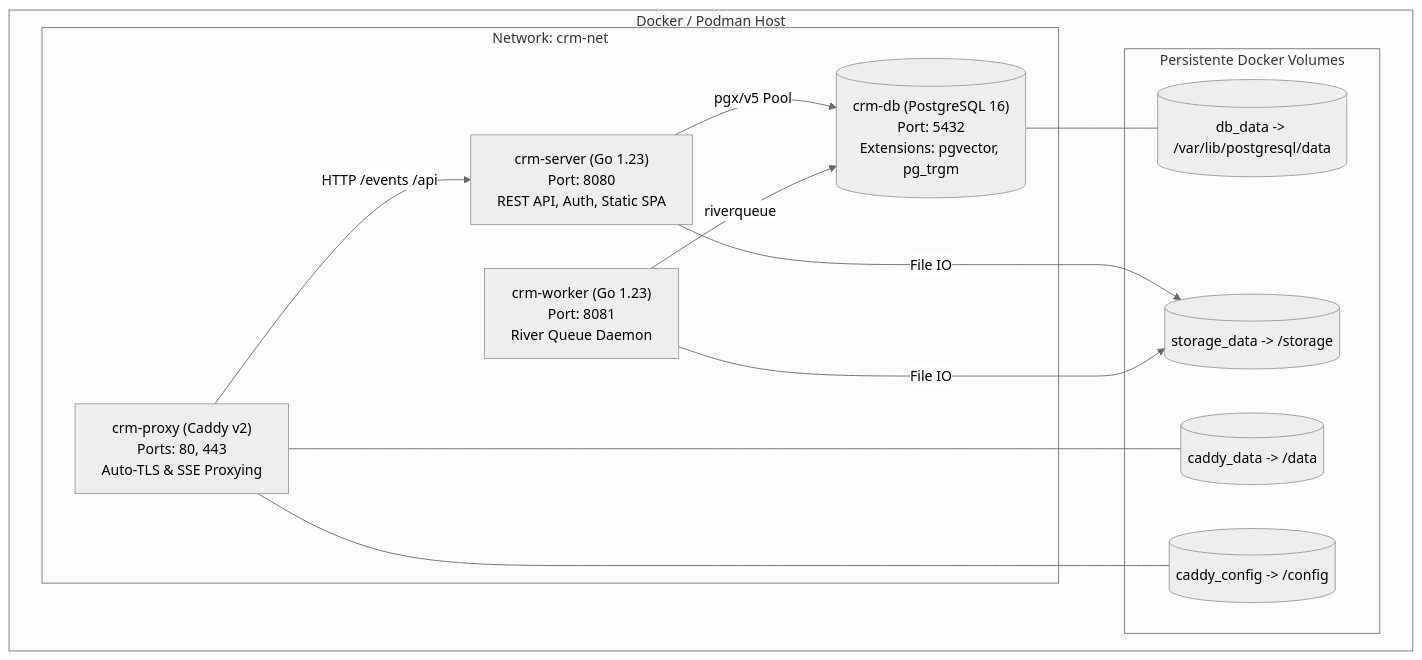
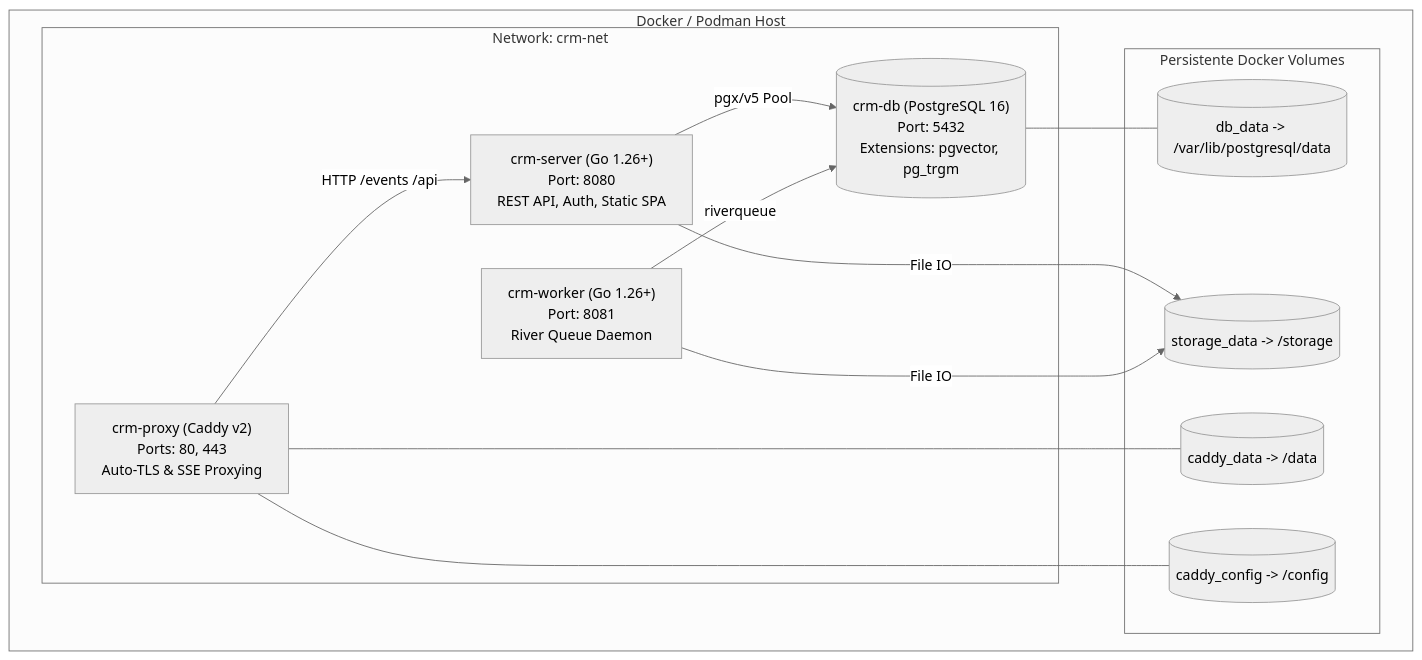
One commit to boreddev1/openlocalcrm changed the diagram in docs/ARCHITECTURE.md. Above: the diagram before and after it, drawn with Mermaid (neutral theme). The commit also changed 95 other files, not shown here.

````diff
--- a/docs/ARCHITECTURE.md
+++ b/docs/ARCHITECTURE.md
@@ -18,27 +18,27 @@
 ```mermaid
 graph TB
     subgraph "Docker / Podman Host"
         subgraph "Network: crm-net"
             Caddy["crm-proxy (Caddy v2)<br/>Ports: 80, 443<br/>Auto-TLS & SSE Proxying"]
-            Server["crm-server (Go 1.23)<br/>Port: 8080<br/>REST API, Auth, Static SPA"]
-            Worker["crm-worker (Go 1.23)<br/>Port: 8081<br/>River Queue Daemon"]
+            Server["crm-server (Go 1.26+)<br/>Port: 8080<br/>REST API, Auth, Static SPA"]
+            Worker["crm-worker (Go 1.26+)<br/>Port: 8081<br/>River Queue Daemon"]
             DB[("crm-db (PostgreSQL 16)<br/>Port: 5432<br/>Extensions: pgvector, pg_trgm")]
         end
 
         subgraph "Persistente Docker Volumes"
             VolDB[("db_data -> /var/lib/postgresql/data")]
             VolStorage[("storage_data -> /storage")]
             VolCaddyData[("caddy_data -> /data")]
             VolCaddyConfig[("caddy_config -> /config")]
         end
     end
 
     Caddy -->|"HTTP /events /api"| Server
     Server -->|"pgx/v5 Pool"| DB
     Worker -->|"riverqueue"| DB
     Server -->|"File IO"| VolStorage
     Worker -->|"File IO"| VolStorage
     DB --- VolDB
     Caddy --- VolCaddyData
     Caddy --- VolCaddyConfig
 ```
````
